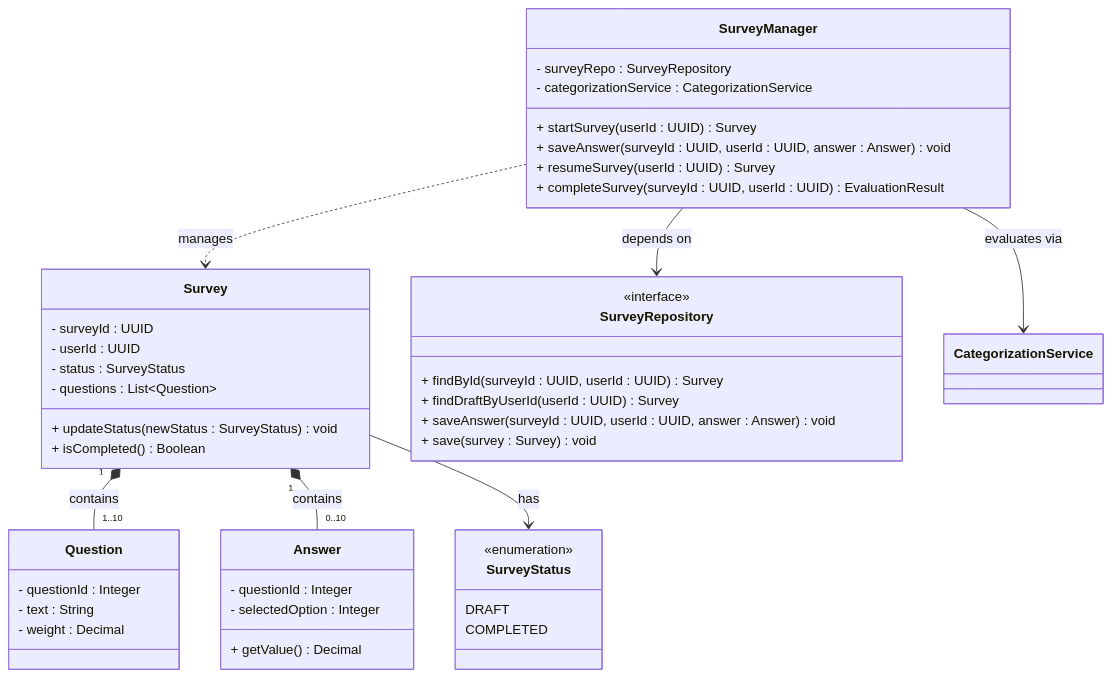
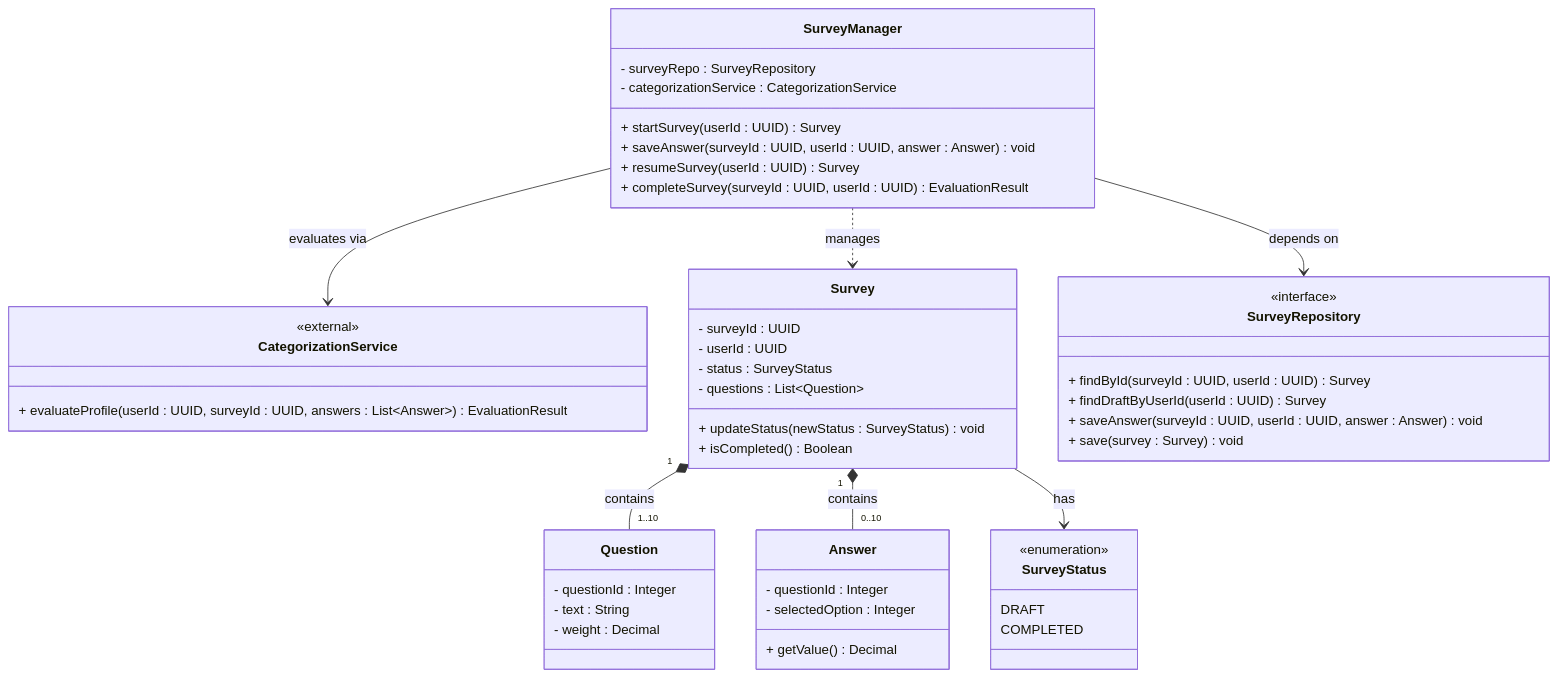
The third of 3 diagrams in docs/design/01_Architectural_and_Detailed_Design.md (juacortesva/Grupo-5-Finanzas-Ingesoft_I_UN_2026-II), drawn with Mermaid before and after one commit. The commit also changed other lines of this file and 1 other file, not shown here.

Commit message:
docs(design): clarify external CategorizationService stub and traceability header

````diff
--- a/docs/design/01_Architectural_and_Detailed_Design.md
+++ b/docs/design/01_Architectural_and_Detailed_Design.md
@@ -159,53 +159,58 @@
 ```mermaid
 classDiagram
     class SurveyManager {
         - surveyRepo : SurveyRepository
         - categorizationService : CategorizationService
         + startSurvey(userId : UUID) Survey
         + saveAnswer(surveyId : UUID, userId : UUID, answer : Answer) void
         + resumeSurvey(userId : UUID) Survey
         + completeSurvey(surveyId : UUID, userId : UUID) EvaluationResult
     }
   
+    class CategorizationService {
+        <<external>>
+        + evaluateProfile(userId : UUID, surveyId : UUID, answers : List~Answer~) EvaluationResult
+    }
+
     class Survey {
         - surveyId : UUID
         - userId : UUID
         - status : SurveyStatus
         - questions : List~Question~
         + updateStatus(newStatus : SurveyStatus) void
         + isCompleted() Boolean
     }
   
     class Question {
         - questionId : Integer
         - text : String
         - weight : Decimal
     }
   
     class Answer {
         - questionId : Integer
         - selectedOption : Integer
         + getValue() Decimal
     }
   
     class SurveyStatus {
         <<enumeration>>
         DRAFT
         COMPLETED
     }
   
     class SurveyRepository {
         <<interface>>
         + findById(surveyId : UUID, userId : UUID) Survey
         + findDraftByUserId(userId : UUID) Survey
         + saveAnswer(surveyId : UUID, userId : UUID, answer : Answer) void
         + save(survey : Survey) void
     }
 
     SurveyManager --> SurveyRepository : depends on
     SurveyManager --> CategorizationService : evaluates via
     SurveyManager ..> Survey : manages
     Survey "1" *-- "1..10" Question : contains
     Survey "1" *-- "0..10" Answer : contains
     Survey --> SurveyStatus : has
 ```
````
